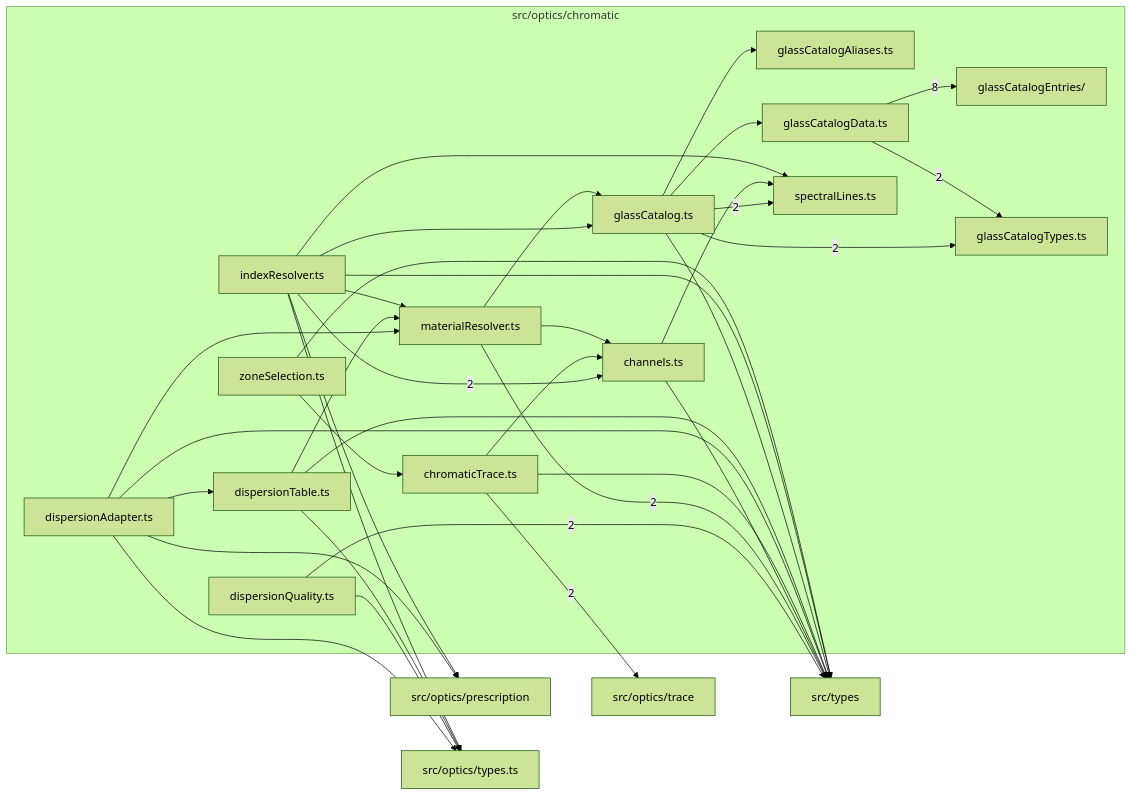
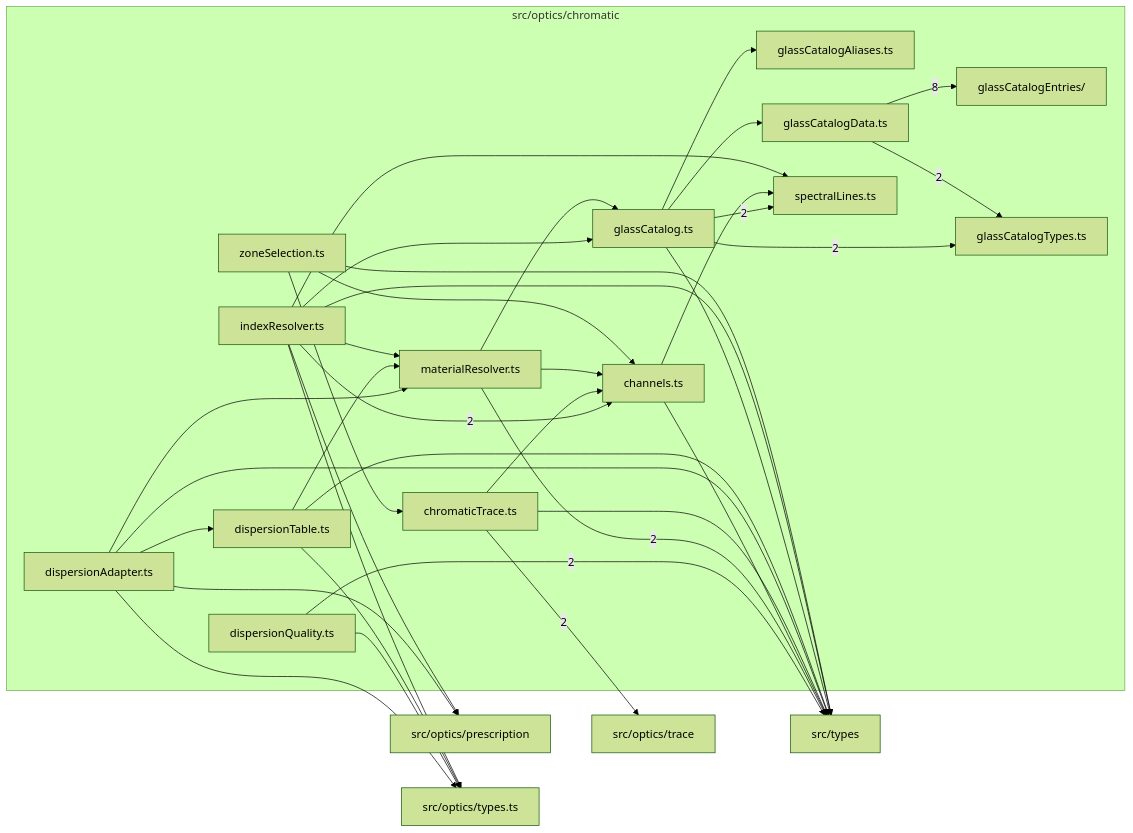
Before and after one commit to ronbuening/LensVisualizer: the diagram in src/optics/chromatic/readme.md, drawn with Mermaid (forest theme). The commit also changed other lines of this file and 6 other files, not shown here.

````diff
--- a/src/optics/chromatic/readme.md
+++ b/src/optics/chromatic/readme.md
@@ -9,57 +9,58 @@
 ```mermaid
 flowchart LR
   subgraph n_src_optics_chromatic["src/optics/chromatic"]
     n_src_optics_chromatic_src_optics_chromatic_glassCatalogEntries["glassCatalogEntries/"]
     n_src_optics_chromatic_src_optics_chromatic_channels_ts["channels.ts"]
     n_src_optics_chromatic_src_optics_chromatic_chromaticTrace_ts["chromaticTrace.ts"]
     n_src_optics_chromatic_src_optics_chromatic_dispersionAdapter_ts["dispersionAdapter.ts"]
     n_src_optics_chromatic_src_optics_chromatic_dispersionQuality_ts["dispersionQuality.ts"]
     n_src_optics_chromatic_src_optics_chromatic_dispersionTable_ts["dispersionTable.ts"]
     n_src_optics_chromatic_src_optics_chromatic_glassCatalog_ts["glassCatalog.ts"]
     n_src_optics_chromatic_src_optics_chromatic_glassCatalogAliases_ts["glassCatalogAliases.ts"]
     n_src_optics_chromatic_src_optics_chromatic_glassCatalogData_ts["glassCatalogData.ts"]
     n_src_optics_chromatic_src_optics_chromatic_glassCatalogTypes_ts["glassCatalogTypes.ts"]
     n_src_optics_chromatic_src_optics_chromatic_indexResolver_ts["indexResolver.ts"]
     n_src_optics_chromatic_src_optics_chromatic_materialResolver_ts["materialResolver.ts"]
     n_src_optics_chromatic_src_optics_chromatic_spectralLines_ts["spectralLines.ts"]
     n_src_optics_chromatic_src_optics_chromatic_zoneSelection_ts["zoneSelection.ts"]
   end
   n_external_src_optics_trace["src/optics/trace"]
   n_external_src_types["src/types"]
   n_external_src_optics_prescription["src/optics/prescription"]
   n_external_src_optics_types_ts["src/optics/types.ts"]
   n_src_optics_chromatic_src_optics_chromatic_glassCatalogData_ts --> |8| n_src_optics_chromatic_src_optics_chromatic_glassCatalogEntries
   n_src_optics_chromatic_src_optics_chromatic_chromaticTrace_ts --> |2| n_external_src_optics_trace
   n_src_optics_chromatic_src_optics_chromatic_dispersionQuality_ts --> |2| n_external_src_types
   n_src_optics_chromatic_src_optics_chromatic_materialResolver_ts --> |2| n_external_src_types
   n_src_optics_chromatic_src_optics_chromatic_indexResolver_ts --> |2| n_src_optics_chromatic_src_optics_chromatic_channels_ts
   n_src_optics_chromatic_src_optics_chromatic_glassCatalog_ts --> |2| n_src_optics_chromatic_src_optics_chromatic_glassCatalogTypes_ts
   n_src_optics_chromatic_src_optics_chromatic_glassCatalogData_ts --> |2| n_src_optics_chromatic_src_optics_chromatic_glassCatalogTypes_ts
   n_src_optics_chromatic_src_optics_chromatic_glassCatalog_ts --> |2| n_src_optics_chromatic_src_optics_chromatic_spectralLines_ts
   n_src_optics_chromatic_src_optics_chromatic_dispersionAdapter_ts --> n_external_src_optics_prescription
   n_src_optics_chromatic_src_optics_chromatic_indexResolver_ts --> n_external_src_optics_prescription
   n_src_optics_chromatic_src_optics_chromatic_dispersionAdapter_ts --> n_external_src_optics_types_ts
   n_src_optics_chromatic_src_optics_chromatic_dispersionQuality_ts --> n_external_src_optics_types_ts
   n_src_optics_chromatic_src_optics_chromatic_dispersionTable_ts --> n_external_src_optics_types_ts
   n_src_optics_chromatic_src_optics_chromatic_indexResolver_ts --> n_external_src_optics_types_ts
   n_src_optics_chromatic_src_optics_chromatic_channels_ts --> n_external_src_types
   n_src_optics_chromatic_src_optics_chromatic_chromaticTrace_ts --> n_external_src_types
   n_src_optics_chromatic_src_optics_chromatic_dispersionAdapter_ts --> n_external_src_types
   n_src_optics_chromatic_src_optics_chromatic_dispersionTable_ts --> n_external_src_types
   n_src_optics_chromatic_src_optics_chromatic_glassCatalog_ts --> n_external_src_types
   n_src_optics_chromatic_src_optics_chromatic_indexResolver_ts --> n_external_src_types
   n_src_optics_chromatic_src_optics_chromatic_zoneSelection_ts --> n_external_src_types
   n_src_optics_chromatic_src_optics_chromatic_chromaticTrace_ts --> n_src_optics_chromatic_src_optics_chromatic_channels_ts
   n_src_optics_chromatic_src_optics_chromatic_materialResolver_ts --> n_src_optics_chromatic_src_optics_chromatic_channels_ts
+  n_src_optics_chromatic_src_optics_chromatic_zoneSelection_ts --> n_src_optics_chromatic_src_optics_chromatic_channels_ts
   n_src_optics_chromatic_src_optics_chromatic_zoneSelection_ts --> n_src_optics_chromatic_src_optics_chromatic_chromaticTrace_ts
   n_src_optics_chromatic_src_optics_chromatic_dispersionAdapter_ts --> n_src_optics_chromatic_src_optics_chromatic_dispersionTable_ts
   n_src_optics_chromatic_src_optics_chromatic_indexResolver_ts --> n_src_optics_chromatic_src_optics_chromatic_glassCatalog_ts
   n_src_optics_chromatic_src_optics_chromatic_materialResolver_ts --> n_src_optics_chromatic_src_optics_chromatic_glassCatalog_ts
   n_src_optics_chromatic_src_optics_chromatic_glassCatalog_ts --> n_src_optics_chromatic_src_optics_chromatic_glassCatalogAliases_ts
   n_src_optics_chromatic_src_optics_chromatic_glassCatalog_ts --> n_src_optics_chromatic_src_optics_chromatic_glassCatalogData_ts
   n_src_optics_chromatic_src_optics_chromatic_dispersionAdapter_ts --> n_src_optics_chromatic_src_optics_chromatic_materialResolver_ts
   n_src_optics_chromatic_src_optics_chromatic_dispersionTable_ts --> n_src_optics_chromatic_src_optics_chromatic_materialResolver_ts
   n_src_optics_chromatic_src_optics_chromatic_indexResolver_ts --> n_src_optics_chromatic_src_optics_chromatic_materialResolver_ts
   n_src_optics_chromatic_src_optics_chromatic_channels_ts --> n_src_optics_chromatic_src_optics_chromatic_spectralLines_ts
   n_src_optics_chromatic_src_optics_chromatic_indexResolver_ts --> n_src_optics_chromatic_src_optics_chromatic_spectralLines_ts
 ```
````
